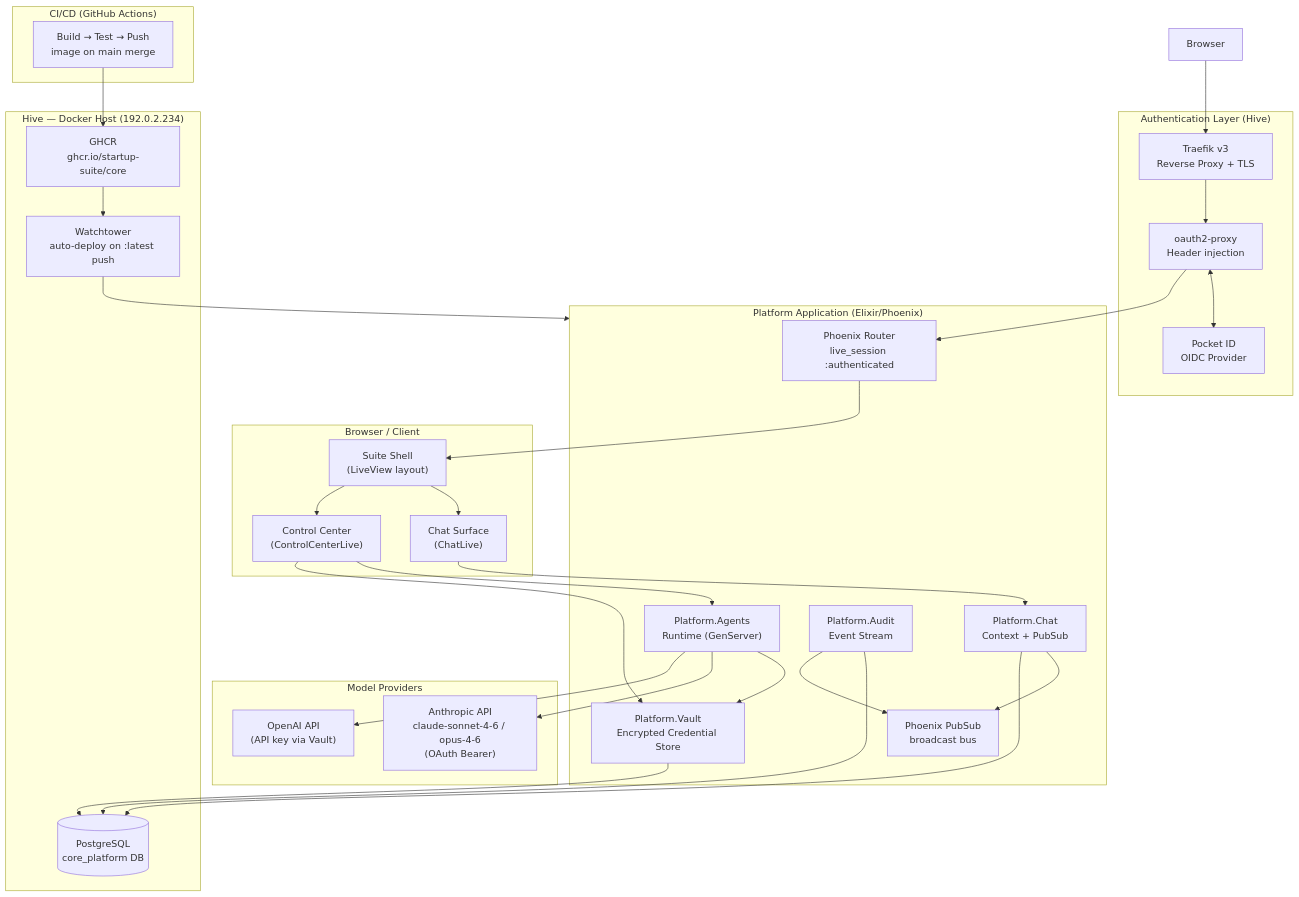
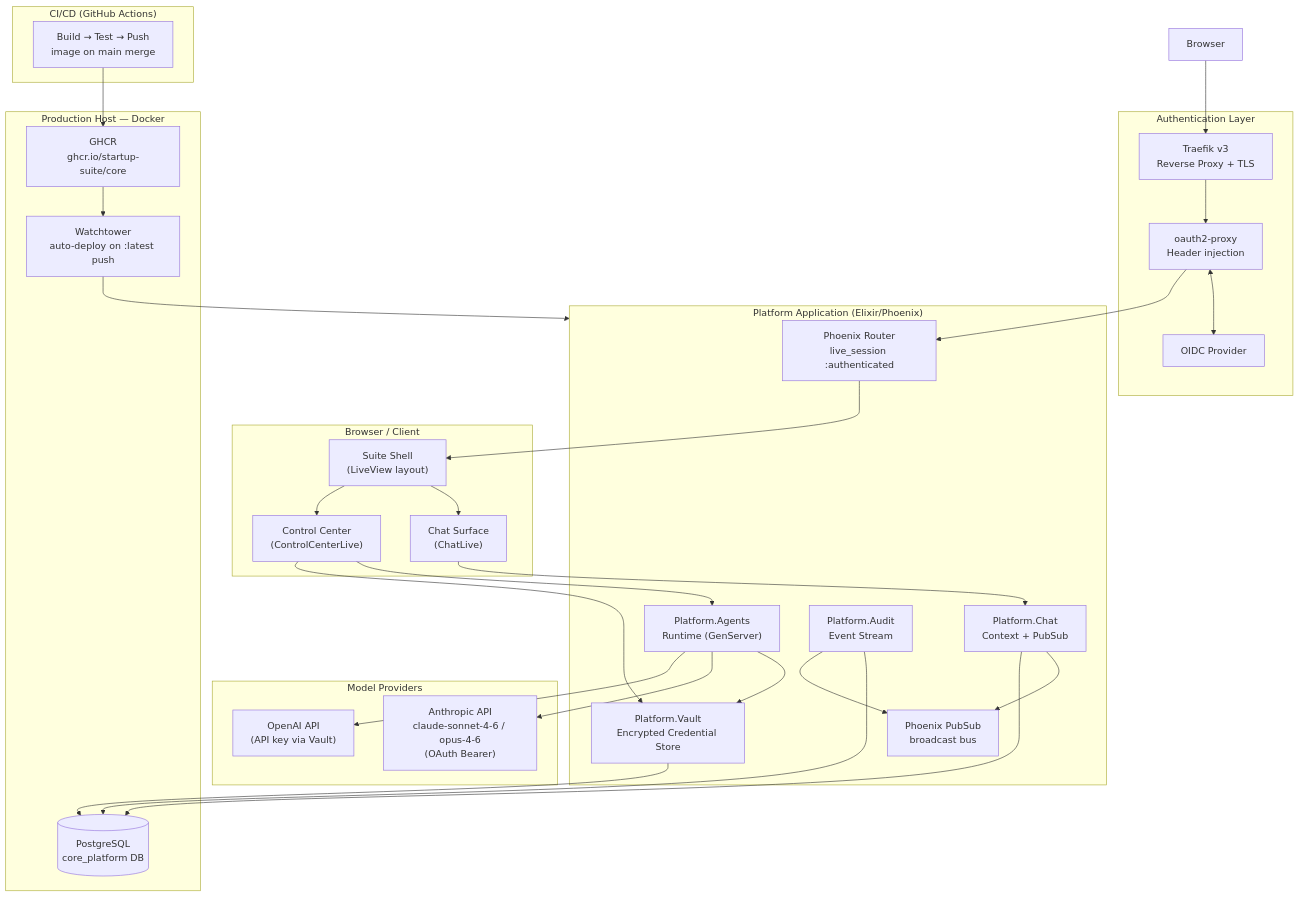
Before and after one commit to GetBurrowing/core: the diagram in docs/architecture/01-system-overview.md, drawn with Mermaid. The commit also changed 20 other files, not shown here.

````diff
--- a/docs/architecture/01-system-overview.md
+++ b/docs/architecture/01-system-overview.md
@@ -5,57 +5,57 @@
 ```mermaid
 graph TB
   subgraph Client["Browser / Client"]
     Shell["Suite Shell<br/>(LiveView layout)"]
     Chat["Chat Surface<br/>(ChatLive)"]
     Control["Control Center<br/>(ControlCenterLive)"]
   end
 
-  subgraph Auth["Authentication Layer (Hive)"]
+  subgraph Auth["Authentication Layer"]
     Traefik["Traefik v3<br/>Reverse Proxy + TLS"]
     OAuthProxy["oauth2-proxy<br/>Header injection"]
-    PocketID["Pocket ID<br/>OIDC Provider"]
+    OIDCProvider["OIDC Provider"]
   end
 
   subgraph Platform["Platform Application (Elixir/Phoenix)"]
     Router["Phoenix Router<br/>live_session :authenticated"]
     Vault["Platform.Vault<br/>Encrypted Credential Store"]
     Agents["Platform.Agents<br/>Runtime (GenServer)"]
     ChatCtx["Platform.Chat<br/>Context + PubSub"]
     Audit["Platform.Audit<br/>Event Stream"]
     PubSub["Phoenix PubSub<br/>broadcast bus"]
   end
 
   subgraph Providers["Model Providers"]
     Anthropic["Anthropic API<br/>claude-sonnet-4-6 / opus-4-6<br/>(OAuth Bearer)"]
     OpenAI["OpenAI API<br/>(API key via Vault)"]
   end
 
-  subgraph Hive["Hive — Docker Host (192.0.2.234)"]
+  subgraph Host["Production Host — Docker"]
     Postgres[("PostgreSQL<br/>core_platform DB")]
     Watchtower["Watchtower<br/>auto-deploy on :latest push"]
     GHCR["GHCR<br/>ghcr.io/startup-suite/core"]
   end
 
   subgraph CI["CI/CD (GitHub Actions)"]
     GHActions["Build → Test → Push<br/>image on main merge"]
   end
 
   Browser["Browser"] --> Traefik
   Traefik --> OAuthProxy
-  OAuthProxy <--> PocketID
+  OAuthProxy <--> OIDCProvider
   OAuthProxy --> Router
   Router --> Shell
   Shell --> Chat & Control
   Chat --> ChatCtx
   Control --> Agents & Vault
   ChatCtx --> PubSub
   ChatCtx --> Postgres
   Agents --> Vault
   Agents --> Anthropic & OpenAI
   Vault --> Postgres
   Audit --> Postgres
   Audit --> PubSub
   GHActions --> GHCR
   GHCR --> Watchtower
   Watchtower --> Platform
 ```
````
